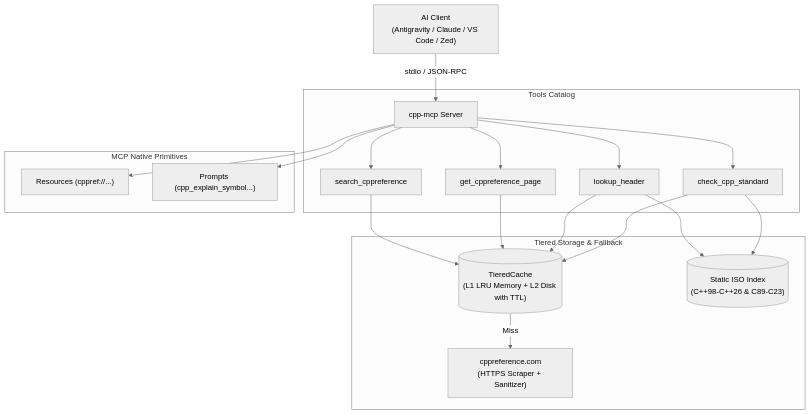
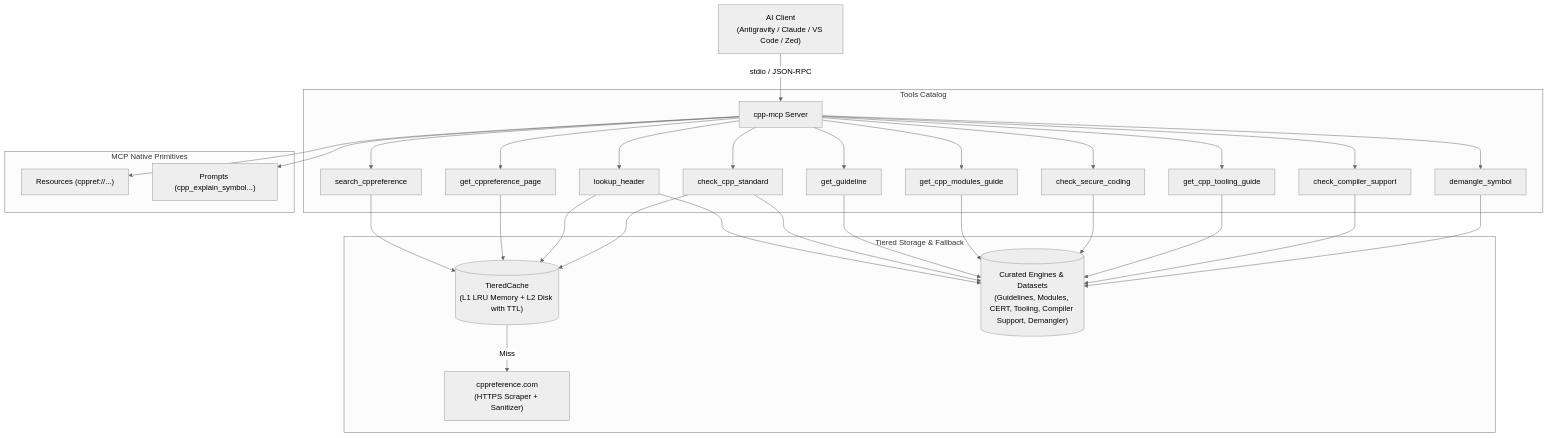
One commit to CHOCEK-RB/cpp-mcp changed the diagram in README.md. Above: the diagram before and after it, drawn with Mermaid (neutral theme). The commit also changed other lines of this file and 28 other files, not shown here.

First line of the commit message:
feat: add direct CLI mode, cert sync, demangler, and compiler support (#29)

````diff
--- a/README.md
+++ b/README.md
@@ -17,22 +17,28 @@
 ```mermaid
 flowchart TD
     Client["AI Client\n(Antigravity / Claude / VS Code / Zed)"] -- stdio / JSON-RPC --> Server["cpp-mcp Server"]
     
     subgraph Tools ["Tools Catalog"]
         Server --> T1["search_cppreference"]
         Server --> T2["get_cppreference_page"]
         Server --> T3["lookup_header"]
         Server --> T4["check_cpp_standard"]
+        Server --> T5["get_guideline"]
+        Server --> T6["get_cpp_modules_guide"]
+        Server --> T7["check_secure_coding"]
+        Server --> T8["get_cpp_tooling_guide"]
+        Server --> T9["check_compiler_support"]
+        Server --> T10["demangle_symbol"]
     end
 
     subgraph Primitives ["MCP Native Primitives"]
         Server --> Res["Resources (cppref://...)"]
         Server --> Prm["Prompts (cpp_explain_symbol...)"]
     end
 
     subgraph Storage ["Tiered Storage & Fallback"]
         T1 & T2 & T3 & T4 --> Cache[("TieredCache\n(L1 LRU Memory + L2 Disk with TTL)")]
-        T3 & T4 --> StaticIdx[("Static ISO Index\n(C++98-C++26 & C89-C23)")]
+        T3 & T4 & T5 & T6 & T7 & T8 & T9 & T10 --> StaticIdx[("Curated Engines & Datasets\n(Guidelines, Modules, CERT, Tooling, Compiler Support, Demangler)")]
         Cache -- Miss --> Web["cppreference.com\n(HTTPS Scraper + Sanitizer)"]
     end
 ```
````
